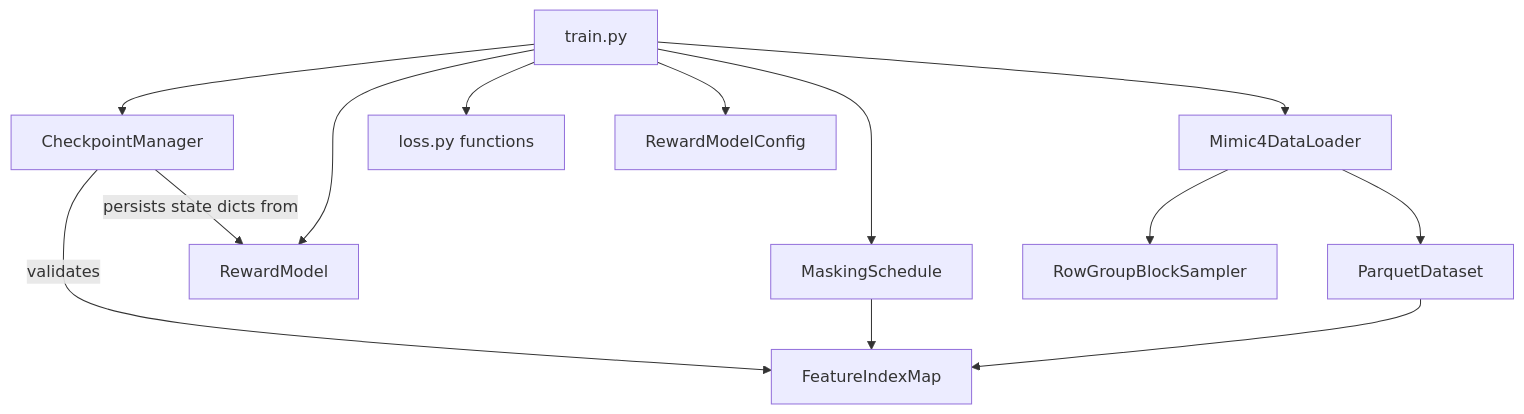
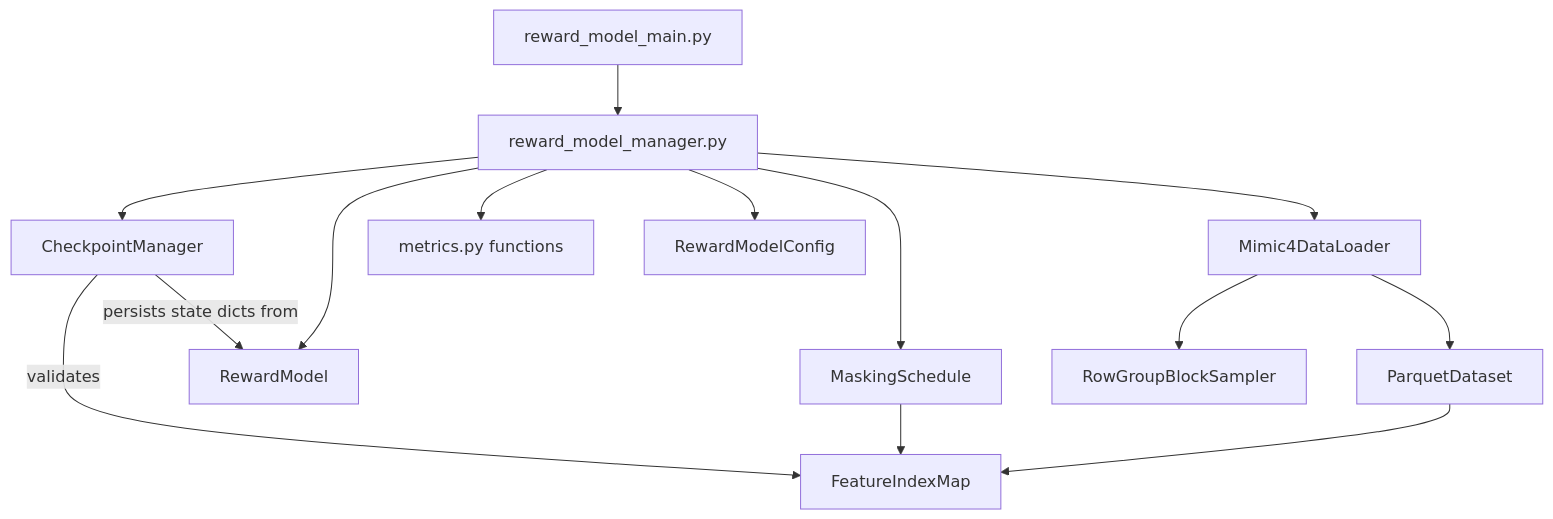
The diagram in src/reward_model/Reward_Model_ARCHITECTURE.md (shaham-lab/HRS), drawn with Mermaid before and after one commit. The commit also changed other lines of this file and 13 other files, not shown here.

````diff
--- a/src/reward_model/Reward_Model_ARCHITECTURE.md
+++ b/src/reward_model/Reward_Model_ARCHITECTURE.md
@@ -159,15 +161,16 @@
 ```mermaid
 graph TD
-  Train[train.py] --> CheckpointManager
-  Train --> MaskingSchedule
-  Train --> RewardModel
-  Train --> Mimic4DataLoader
-  Train --> LossFns[loss.py functions]
-  Train --> RewardModelConfig
+  TrainMain[reward_model_main.py] --> RewardModelManager[reward_model_manager.py]
+  RewardModelManager --> CheckpointManager
+  RewardModelManager --> MaskingSchedule
+  RewardModelManager --> RewardModel
+  RewardModelManager --> Mimic4DataLoader
+  RewardModelManager --> Metrics[metrics.py functions]
+  RewardModelManager --> RewardModelConfig
   Mimic4DataLoader --> ParquetDataset
   Mimic4DataLoader --> RowGroupBlockSampler
   ParquetDataset --> FeatureIndexMap
   MaskingSchedule --> FeatureIndexMap
   CheckpointManager -->|validates| FeatureIndexMap
   CheckpointManager -->|persists state dicts from| RewardModel
 ```
````
